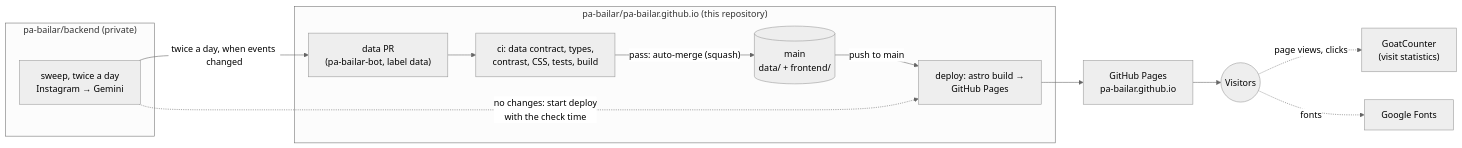
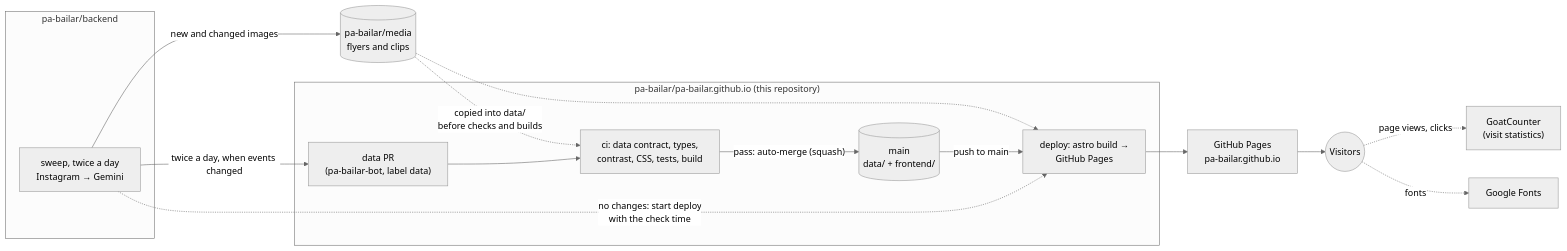
Before and after one commit to pa-bailar/pa-bailar.github.io: the first of 9 diagrams in docs/ARCHITECTURE.md, drawn with Mermaid (neutral theme). The commit also changed other lines of this file and 10 other files, not shown here.

````diff
--- a/docs/ARCHITECTURE.md
+++ b/docs/ARCHITECTURE.md
@@ -38,25 +38,30 @@
 ```mermaid
 flowchart LR
-    subgraph Backend["pa-bailar/backend (private)"]
+    subgraph Backend["pa-bailar/backend"]
         SW["sweep, twice a day<br/>Instagram → Gemini"]
     end
+
+    MEDIA[("pa-bailar/media<br/>flyers and clips")]
 
     subgraph Repo["pa-bailar/pa-bailar.github.io (this repository)"]
         PR["data PR<br/>(pa-bailar-bot, label data)"]
         CI["ci: data contract, types,<br/>contrast, CSS, tests, build"]
         MAIN[("main<br/>data/ + frontend/")]
         DEP["deploy: astro build →<br/>GitHub Pages"]
     end
 
     PAGES["GitHub Pages<br/>pa-bailar.github.io"]
     VIS(("Visitors"))
     GC["GoatCounter<br/>(visit statistics)"]
     GF["Google Fonts"]
 
     SW -- "twice a day, when events changed" --> PR
+    SW -- "new and changed images" --> MEDIA
+    MEDIA -. "copied into data/<br/>before checks and builds" .-> CI
+    MEDIA -.-> DEP
     PR --> CI -- "pass: auto-merge (squash)" --> MAIN
     MAIN -- "push to main" --> DEP --> PAGES --> VIS
     SW -. "no changes: start deploy<br/>with the check time" .-> DEP
     VIS -. "page views, clicks" .-> GC
     VIS -. "fonts" .-> GF
 ```
````
